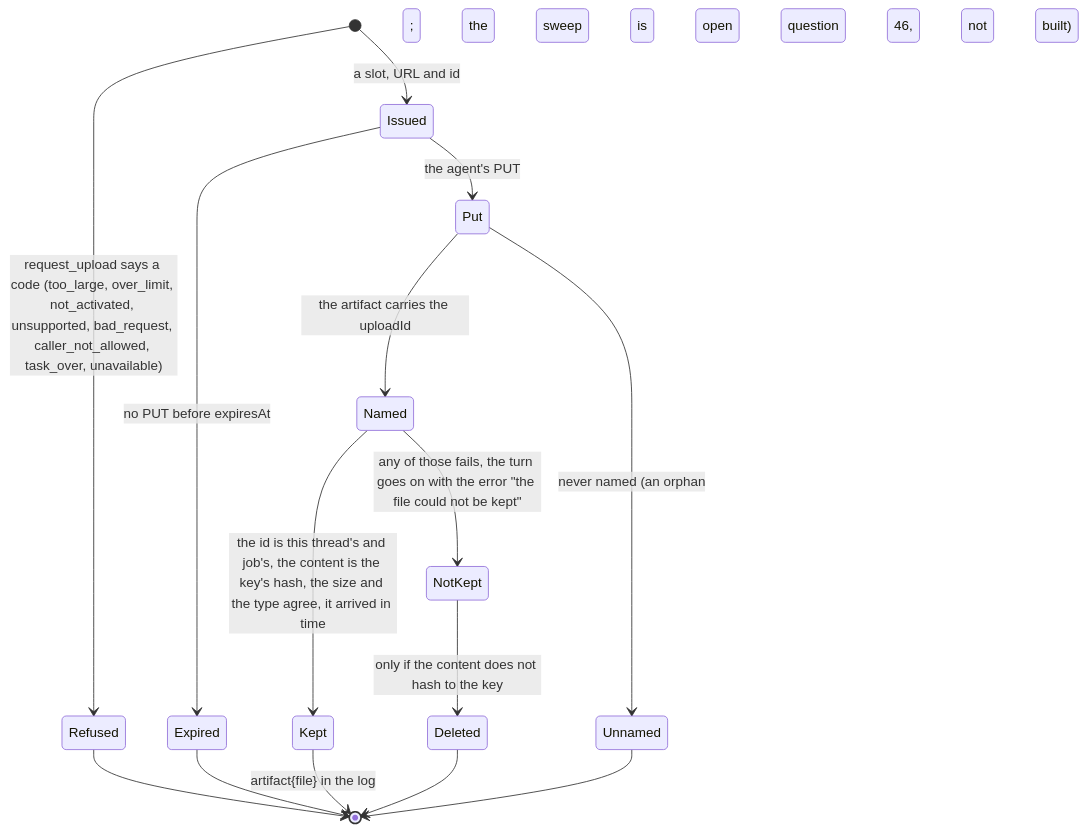
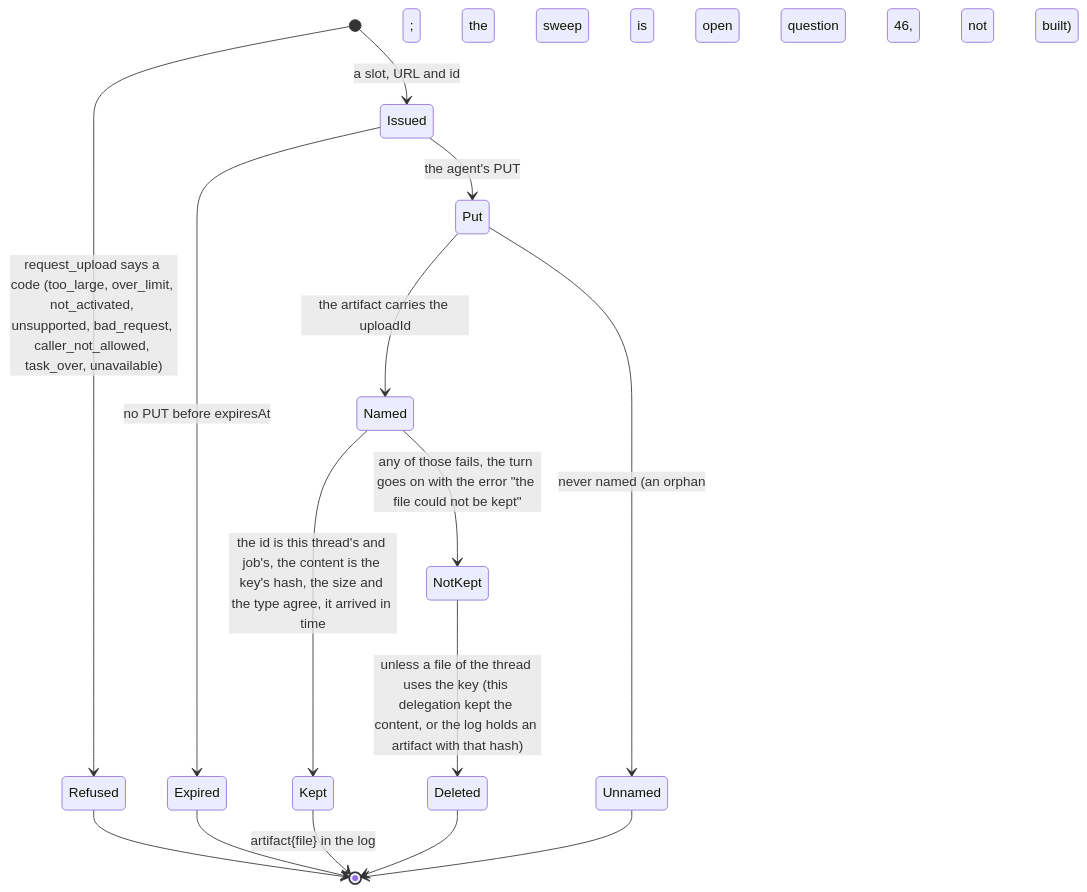
Before and after one commit to vymalo/another-agentic-system: diagram 33 of 46 in docs/orchestrator.md, drawn with Mermaid. The commit also changed other lines of this file and 5 other files, not shown here.

````diff
--- a/docs/orchestrator.md
+++ b/docs/orchestrator.md
@@ -1736,17 +1736,17 @@
 ```mermaid
 stateDiagram-v2
   [*] --> Refused: request_upload says a code (too_large, over_limit, not_activated, unsupported, bad_request, caller_not_allowed, task_over, unavailable)
   [*] --> Issued: a slot, URL and id
   Issued --> Expired: no PUT before expiresAt
   Issued --> Put: the agent's PUT
   Put --> Named: the artifact carries the uploadId
   Put --> Unnamed: never named (an orphan; the sweep is open question 46, not built)
   Named --> Kept: the id is this thread's and job's, the content is the key's hash, the size and the type agree, it arrived in time
   Named --> NotKept: any of those fails, the turn goes on with the error "the file could not be kept"
-  NotKept --> Deleted: only if the content does not hash to the key
+  NotKept --> Deleted: unless a file of the thread uses the key (this delegation kept the content, or the log holds an artifact with that hash)
   Kept --> [*]: artifact{file} in the log
   Refused --> [*]
   Expired --> [*]
   Unnamed --> [*]
   Deleted --> [*]
 ```
````
